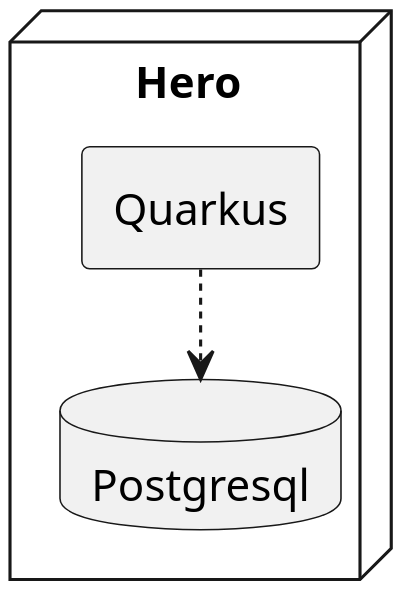
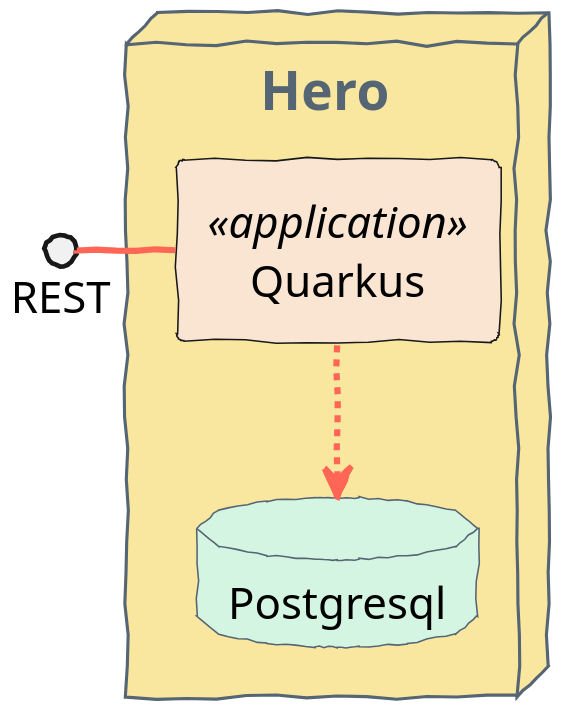
The diagram in quarkus-workshop-super-heroes/docs/src/main/plantuml/rest-physical-architecture.puml (quarkusio/quarkus-workshops), drawn with PlantUML before and after one commit. The commit also changed 3 other files, not shown here.

```diff
--- a/quarkus-workshop-super-heroes/docs/src/main/plantuml/rest-physical-architecture.puml
+++ b/quarkus-workshop-super-heroes/docs/src/main/plantuml/rest-physical-architecture.puml
@@ -1,13 +1,52 @@
 @startuml
 skinparam dpi 300
+skinparam handwritten true
 allow_mixing
+
+skinparam NodeSep 50
+skinparam RankSep 20
+
+skinparam node {
+	ArrowColor aqua
+
+	borderColor #566573
+	backgroundColor #F9E79F
+	fontName Calibri
+	fontSize 17
+	fontColor #566573
+}
+
+skinparam database {
+	borderColor #566573
+	backgroundColor #D5F5E3
+}
+
+skinparam agent {
+    backgroundColor<<application>> #FAE5D3
+}
+
+skinparam class {
+  backgroundColor #FAE5D3
+}
+
+skinparam arrow {
+  fontName Calibri
+  color #FF6655
+  fontColor #777777
+  thickness 2
+  fontSize 11
+}
 
 left to right direction
 
+
 node "Hero" as hero {
-    agent "Quarkus" as heroQuarkus
+    agent "Quarkus" as heroQuarkus <<application>>
     database "Postgresql" as heroPostgresql
     heroQuarkus .up> heroPostgresql
 }
 
+REST ()-- heroQuarkus
+
+
 @enduml
```
